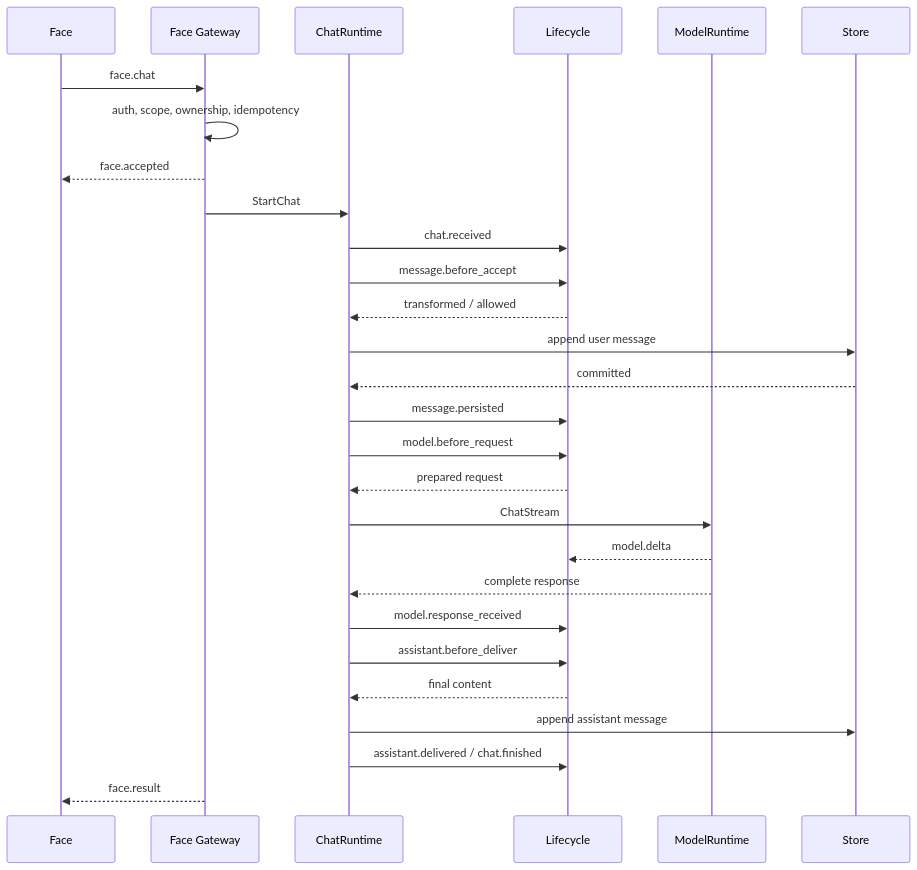
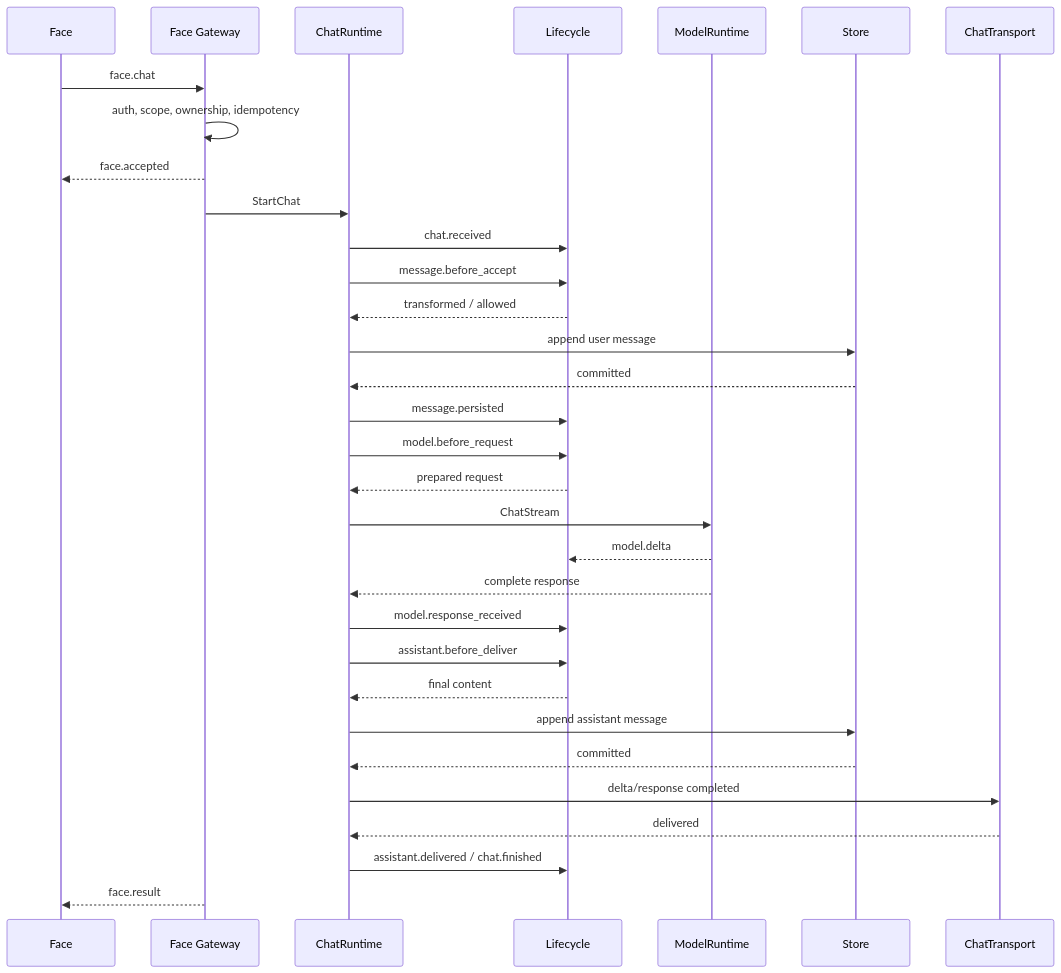
The third of 5 diagrams in docs/lifecycle-hooks-and-security-audit.md (Sheyiyuan/half-pi), drawn with Mermaid before and after one commit. The commit also changed other lines of this file and 94 other files, not shown here.

````diff
--- a/docs/lifecycle-hooks-and-security-audit.md
+++ b/docs/lifecycle-hooks-and-security-audit.md
@@ -1261,31 +1275,35 @@
 ```mermaid
 sequenceDiagram
     participant F as Face
     participant G as Face Gateway
     participant C as ChatRuntime
     participant L as Lifecycle
     participant M as ModelRuntime
     participant S as Store
+    participant T as ChatTransport
 
     F->>G: face.chat
     G->>G: auth, scope, ownership, idempotency
     G-->>F: face.accepted
     G->>C: StartChat
     C->>L: chat.received
     C->>L: message.before_accept
     L-->>C: transformed / allowed
     C->>S: append user message
     S-->>C: committed
     C->>L: message.persisted
     C->>L: model.before_request
     L-->>C: prepared request
     C->>M: ChatStream
     M-->>L: model.delta
     M-->>C: complete response
     C->>L: model.response_received
     C->>L: assistant.before_deliver
     L-->>C: final content
     C->>S: append assistant message
+    S-->>C: committed
+    C->>T: delta/response completed
+    T-->>C: delivered
     C->>L: assistant.delivered / chat.finished
     G-->>F: face.result
 ```
````
